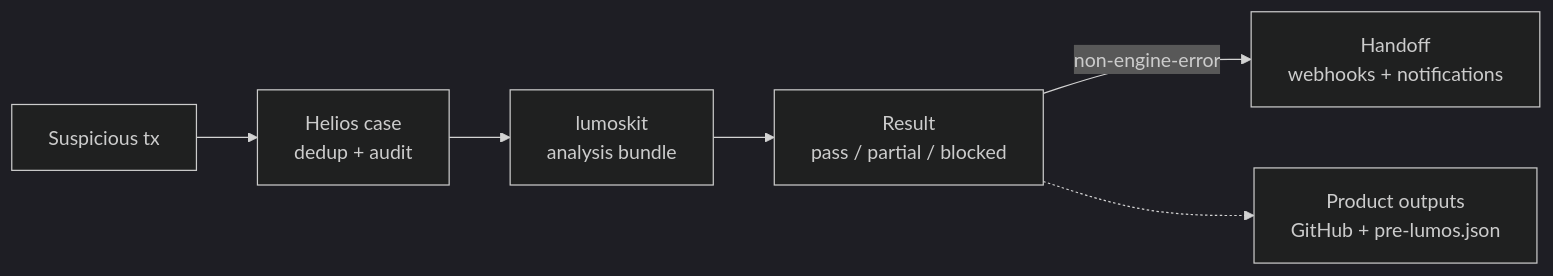
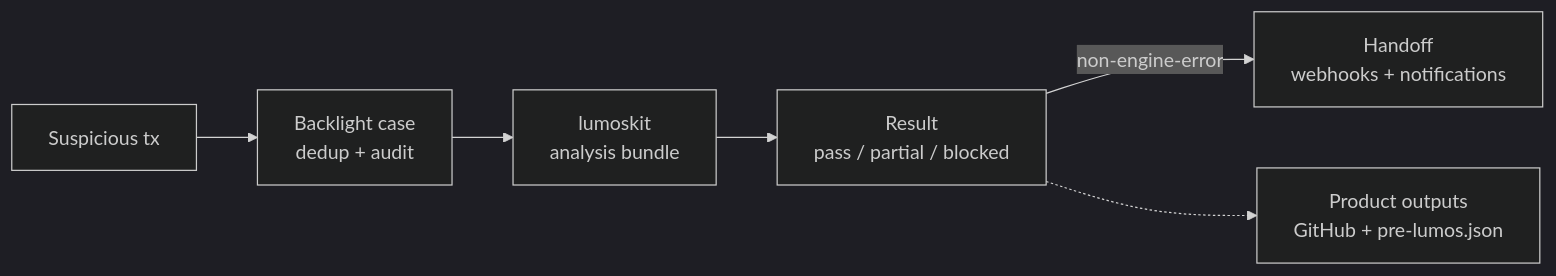
One commit to BackwardLabs/Backlight changed the diagram in README.md. Above: the diagram before and after it, drawn with Mermaid (dark theme). The commit also changed other lines of this file and 51 other files, not shown here.

Commit message:
Rebrand Helios to Backlight

````diff
--- a/README.md
+++ b/README.md
@@ -15,13 +19,13 @@
 ```mermaid
 flowchart LR
     signal["Suspicious tx"]
-    helios["Helios case<br/>dedup + audit"]
+    helios["Backlight case<br/>dedup + audit"]
     engine["lumoskit<br/>analysis bundle"]
     result["Result<br/>pass / partial / blocked"]
     handoff["Handoff<br/>webhooks + notifications"]
     products["Product outputs<br/>GitHub + pre-lumos.json"]
 
     signal --> helios --> engine --> result
     result -->|"non-engine-error"| handoff
     result -.-> products
 ```
````
